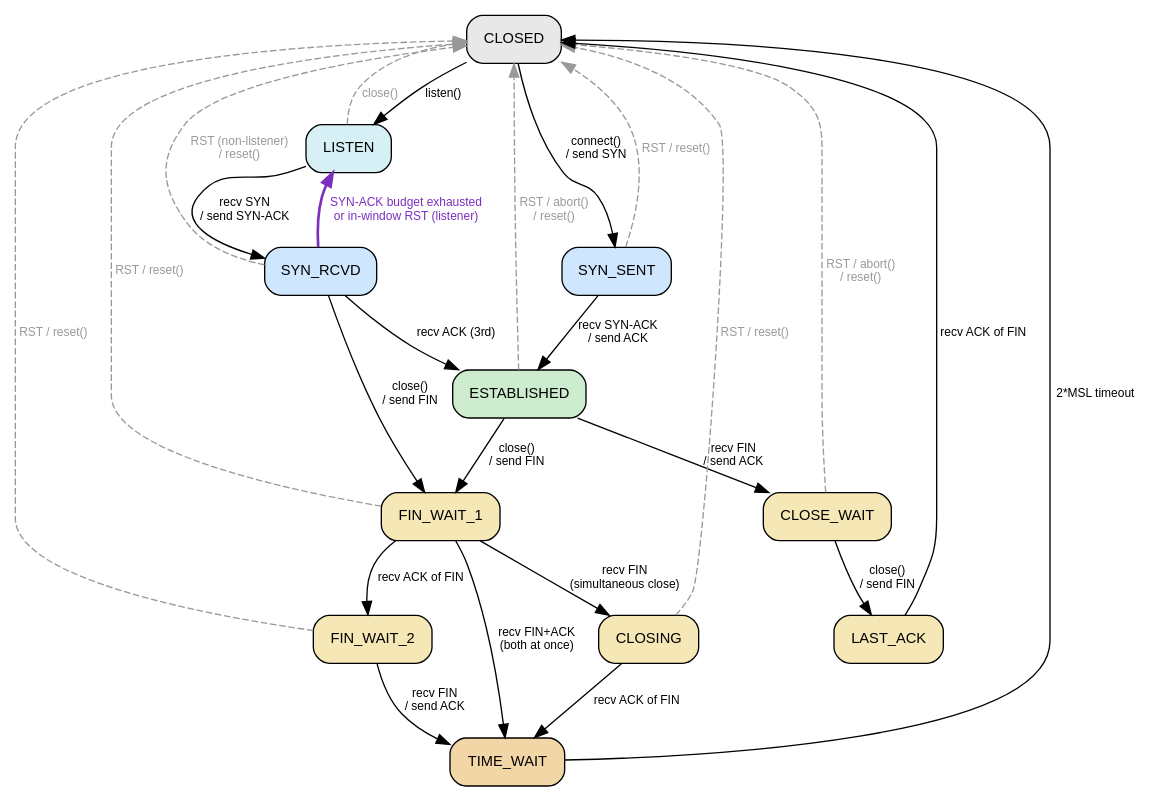
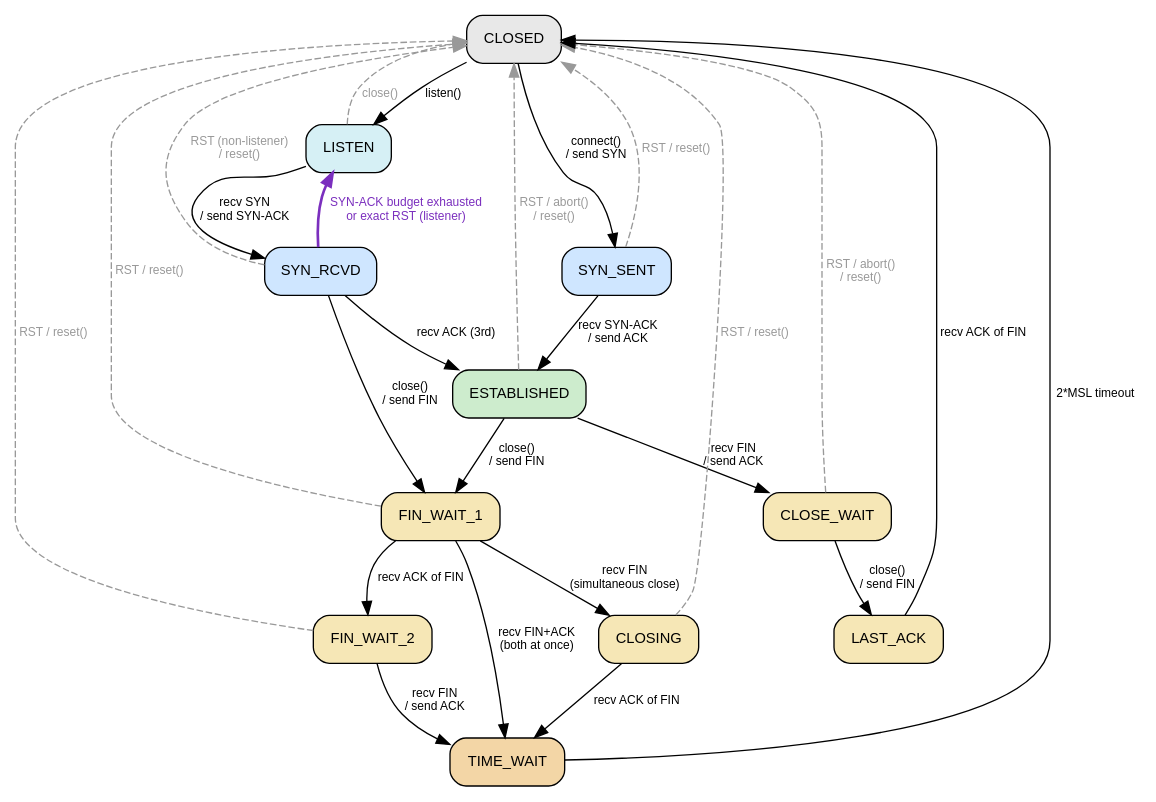
The diagram in docs/state-machine.dot (mjsabby/tcp-sans-io), drawn with Graphviz before and after one commit. The commit also changed 16 other files, not shown here.

```diff
--- a/docs/state-machine.dot
+++ b/docs/state-machine.dot
@@ -1,80 +1,81 @@
 // TCP connection state machine for tcp-sans-io.
 //
 // This is the authoritative, implementation-accurate transition graph. Its
 // edges are exactly the relation enforced by `allowed_transition()` in
 // fuzz/fuzz_targets/tcb_client_session.rs (the oracle that panics on any
 // transition not drawn here), so the picture and the running check cannot
 // drift apart. Transition sites live in src/tcb.rs; State is in src/state.rs.
 //
 // Regenerate the SVG after editing:
 //   dot -Tsvg docs/state-machine.dot -o docs/state-machine.svg
 //
 // Legend:
 //   solid black   normal protocol transition (trigger / action)
 //   bold purple   SYN_RCVD -> LISTEN revert: the stateful flood-resistance
 //                 path (bounded SYN-ACK retransmit budget, then recycle slot)
 //   dashed grey   abort: RST received, local abort(), or host reset() -> CLOSED
 //
 digraph tcp_state_machine {
     rankdir=TB;
     bgcolor="white";
     node [shape=box, style="rounded,filled", fontname="Helvetica", fontsize=11, margin="0.18,0.08"];
     edge [fontname="Helvetica", fontsize=9];
 
     // ---- States (colour-grouped by phase) -------------------------------
     Closed      [fillcolor="#e8e8e8", label="CLOSED"];
     Listen      [fillcolor="#d6f0f5", label="LISTEN"];
     SynSent     [fillcolor="#cfe6ff", label="SYN_SENT"];
     SynRcvd     [fillcolor="#cfe6ff", label="SYN_RCVD"];
     Established  [fillcolor="#cdeccd", label="ESTABLISHED"];
     FinWait1    [fillcolor="#f6e7b6", label="FIN_WAIT_1"];
     FinWait2    [fillcolor="#f6e7b6", label="FIN_WAIT_2"];
     Closing     [fillcolor="#f6e7b6", label="CLOSING"];
     TimeWait    [fillcolor="#f3d6a6", label="TIME_WAIT"];
     CloseWait   [fillcolor="#f6e7b6", label="CLOSE_WAIT"];
     LastAck     [fillcolor="#f6e7b6", label="LAST_ACK"];
 
     // ---- Opens ----------------------------------------------------------
     Closed   -> SynSent     [label="connect()\n/ send SYN"];
     Closed   -> Listen      [label="listen()"];
     Listen   -> SynRcvd     [label="recv SYN\n/ send SYN-ACK"];
     SynSent  -> Established  [label="recv SYN-ACK\n/ send ACK"];
     SynRcvd  -> Established  [label="recv ACK (3rd)"];
 
     // Stateful flood resistance: at most one half-open slot, bounded
-    // SYN-ACK retransmits, then the slot is recycled back to LISTEN. An
-    // in-window RST in SYN_RCVD recycles it the same way.
-    SynRcvd  -> Listen      [label="SYN-ACK budget exhausted\nor in-window RST (listener)",
+    // SYN-ACK retransmits, then the slot is recycled back to LISTEN. A RST
+    // exactly at RCV.NXT in SYN_RCVD recycles it the same way (any other
+    // in-window RST only draws a challenge ACK, RFC 5961).
+    SynRcvd  -> Listen      [label="SYN-ACK budget exhausted\nor exact RST (listener)",
                              color="#7b2fbe", fontcolor="#7b2fbe", penwidth=2.0];
 
     // ---- Active close (we call close() first) ---------------------------
     Established -> FinWait1 [label="close()\n/ send FIN"];
     SynRcvd     -> FinWait1 [label="close()\n/ send FIN"];
     FinWait1 -> FinWait2    [label="recv ACK of FIN"];
     FinWait1 -> Closing     [label="recv FIN\n(simultaneous close)"];
     FinWait1 -> TimeWait    [label="recv FIN+ACK\n(both at once)"];
     FinWait2 -> TimeWait    [label="recv FIN\n/ send ACK"];
     Closing  -> TimeWait    [label="recv ACK of FIN"];
     TimeWait -> Closed      [label="2*MSL timeout"];
 
     // ---- Passive close (peer FINs first) --------------------------------
     Established -> CloseWait [label="recv FIN\n/ send ACK"];
     CloseWait   -> LastAck   [label="close()\n/ send FIN"];
     LastAck     -> Closed    [label="recv ACK of FIN"];
 
     // ---- Aborts: RST received / abort() / reset() -> CLOSED -------------
     edge [style=dashed, color="#999999", fontcolor="#999999"];
     SynSent     -> Closed [label="RST / reset()"];
     SynRcvd     -> Closed [label="RST (non-listener)\n/ reset()"];
     Listen      -> Closed [label="close()"];
     Established -> Closed [label="RST / abort()\n/ reset()"];
     FinWait1    -> Closed [label="RST / reset()"];
     FinWait2    -> Closed [label="RST / reset()"];
     Closing     -> Closed [label="RST / reset()"];
     CloseWait   -> Closed [label="RST / abort()\n/ reset()"];
 
     // ---- Rank hints for a clean top-to-bottom flow ----------------------
     { rank=same; SynSent; SynRcvd; }
     { rank=same; FinWait1; CloseWait; }
     { rank=same; FinWait2; Closing; }
 }
```
